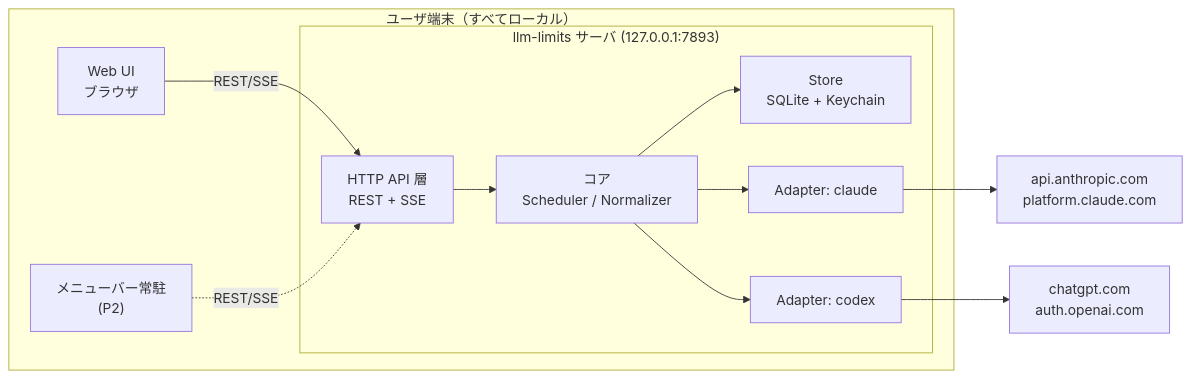
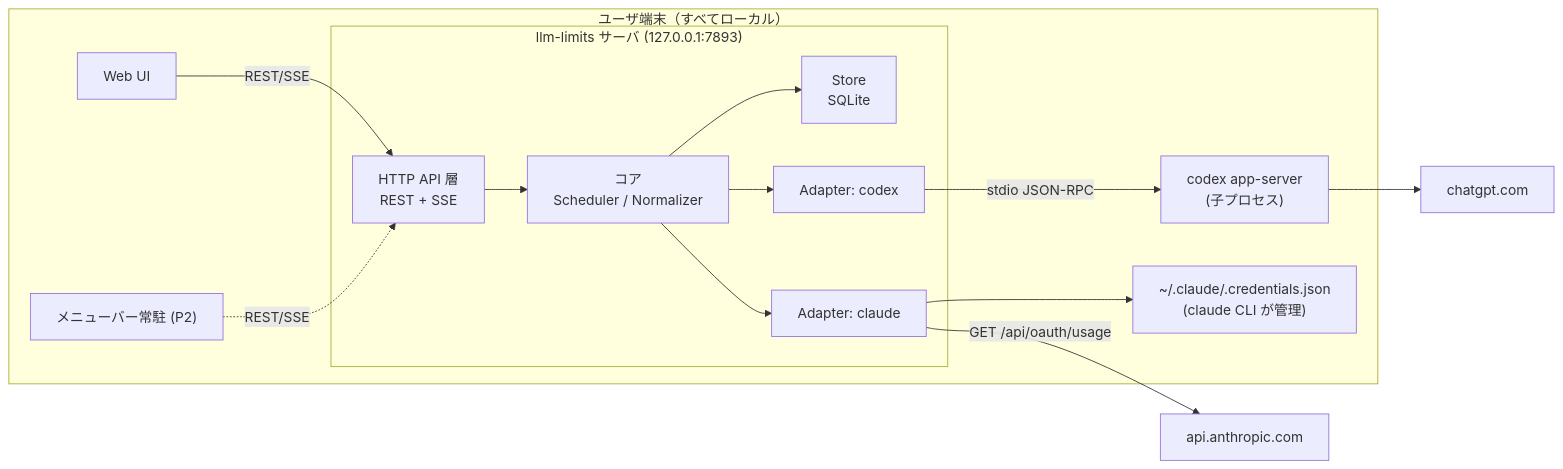
Before and after one commit to reki2000/llm-limits: the first of 3 diagrams in docs/design.md, drawn with Mermaid. The commit also changed other lines of this file and 1 other file, not shown here.

````diff
--- a/docs/design.md
+++ b/docs/design.md
@@ -73,24 +114,27 @@
 ```mermaid
 flowchart LR
   subgraph Desktop["ユーザ端末（すべてローカル）"]
     subgraph Server["llm-limits サーバ (127.0.0.1:7893)"]
       API["HTTP API 層<br/>REST + SSE"]
       Core["コア<br/>Scheduler / Normalizer"]
-      Store["Store<br/>SQLite + Keychain"]
+      Store["Store<br/>SQLite"]
       AD1["Adapter: claude"]
       AD2["Adapter: codex"]
     end
-    WebUI["Web UI<br/>ブラウザ"]
-    Tray["メニューバー常駐<br/>(P2)"]
+    WebUI["Web UI"]
+    Tray["メニューバー常駐 (P2)"]
+    CX["codex app-server<br/>(子プロセス)"]
+    CRED["~/.claude/.credentials.json<br/>(claude CLI が管理)"]
   end
 
-  Anth["api.anthropic.com<br/>platform.claude.com"]
-  OAI["chatgpt.com<br/>auth.openai.com"]
+  Anth["api.anthropic.com"]
+  OAI["chatgpt.com"]
 
   WebUI -->|REST/SSE| API
   Tray -.->|REST/SSE| API
-  API --> Core
-  Core --> Store
-  Core --> AD1 --> Anth
-  Core --> AD2 --> OAI
+  API --> Core --> Store
+  Core --> AD1 --> CRED
+  AD1 -->|GET /api/oauth/usage| Anth
+  Core --> AD2 -->|stdio JSON-RPC| CX
+  CX --> OAI
 ```
````
